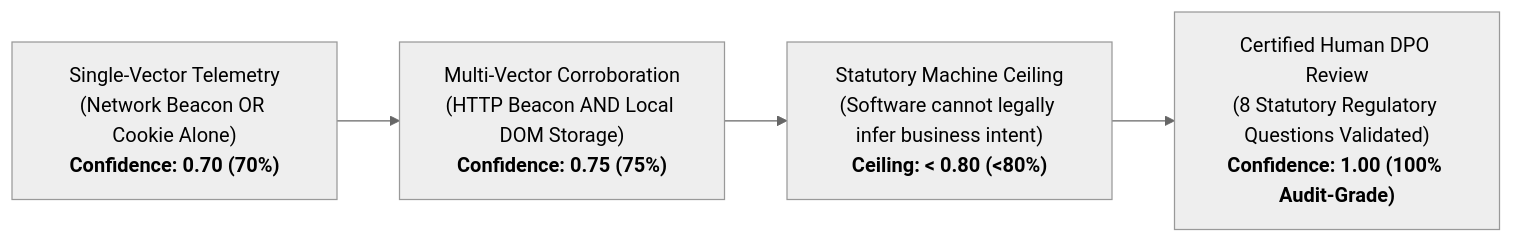
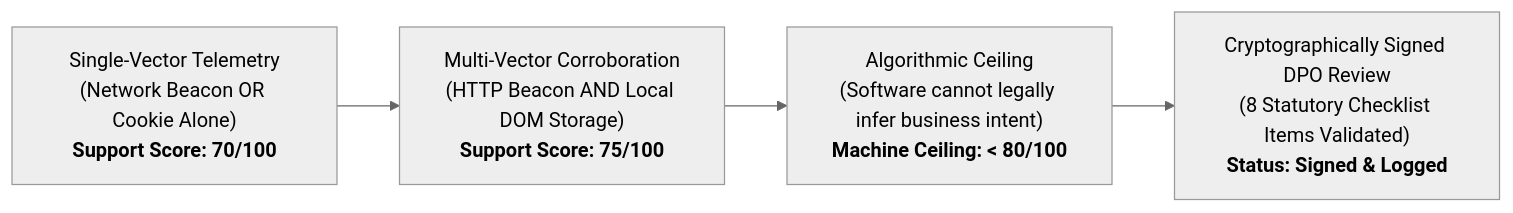
The second of 2 diagrams in README.md (tbinitial-cyber/Privacy-Engineering-GRC-Platform), drawn with Mermaid (neutral theme) before and after one commit. The commit also changed other lines of this file and 33 other files, not shown here.

Commit message:
feat(remediation): implement audit manifest verification, runtime schema enforcement, multi-attribute cookie identity, persistent DPO sign-off log, and legal harmonization

````diff
--- a/README.md
+++ b/README.md
@@ -112,6 +112,6 @@
 ```mermaid
 flowchart LR
-    A["Single-Vector Telemetry<br/>(Network Beacon OR Cookie Alone)<br/><b>Confidence: 0.70 (70%)</b>"] --> B["Multi-Vector Corroboration<br/>(HTTP Beacon AND Local DOM Storage)<br/><b>Confidence: 0.75 (75%)</b>"]
-    B --> C["Statutory Machine Ceiling<br/>(Software cannot legally infer business intent)<br/><b>Ceiling: &lt; 0.80 (&lt;80%)</b>"]
-    C --> D["Certified Human DPO Review<br/>(8 Statutory Regulatory Questions Validated)<br/><b>Confidence: 1.00 (100% Audit-Grade)</b>"]
+    A["Single-Vector Telemetry<br/>(Network Beacon OR Cookie Alone)<br/><b>Support Score: 70/100</b>"] --> B["Multi-Vector Corroboration<br/>(HTTP Beacon AND Local DOM Storage)<br/><b>Support Score: 75/100</b>"]
+    B --> C["Algorithmic Ceiling<br/>(Software cannot legally infer business intent)<br/><b>Machine Ceiling: &lt; 80/100</b>"]
+    C --> D["Cryptographically Signed DPO Review<br/>(8 Statutory Checklist Items Validated)<br/><b>Status: Signed & Logged</b>"]
 ```
````
